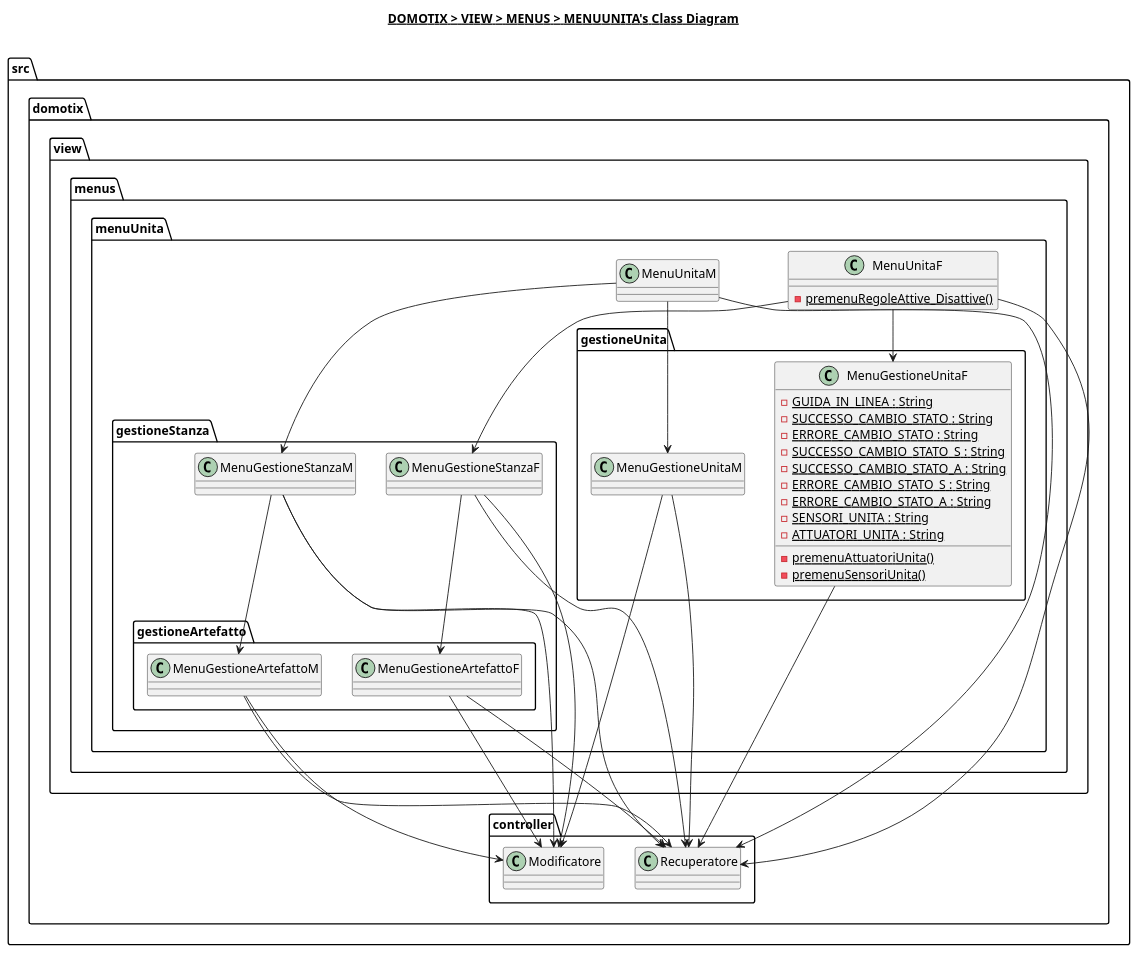
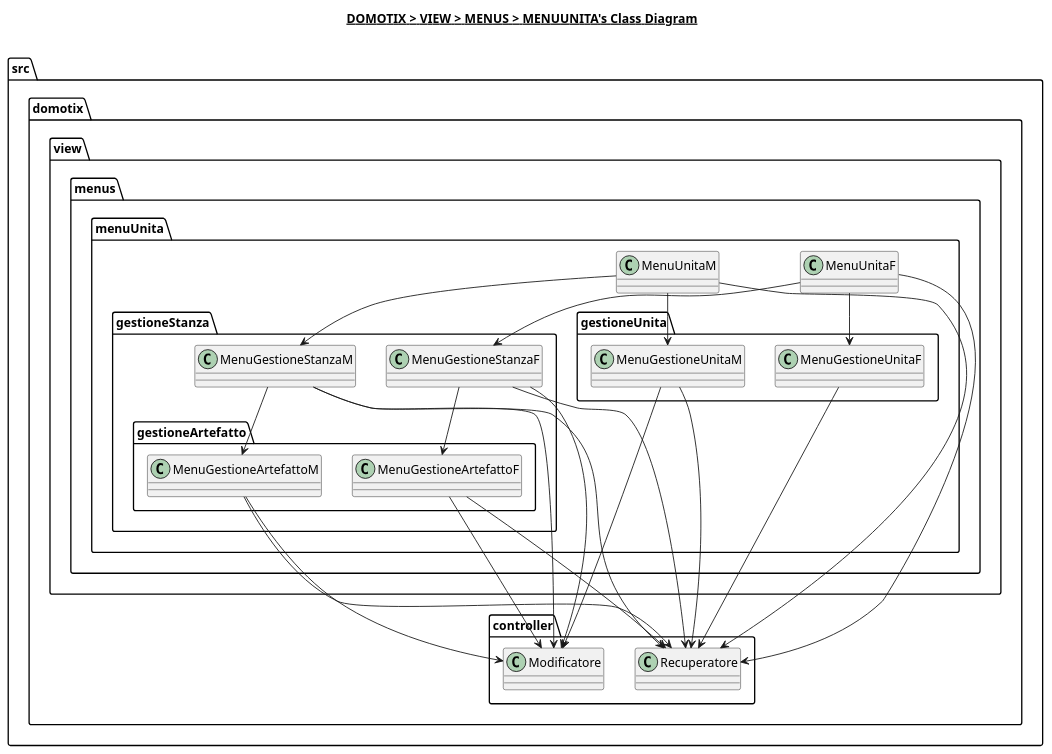
One commit to Edoar-do/Domotix changed the diagram in src/domotix/view/menus/menuUnita/menuUnita.plantuml. Above: the diagram before and after it, drawn with PlantUML. The commit also changed 14 other files, not shown here.

Commit message:
Aggiunge classi ImportaDati in model; inizializza diagrammi V5

```diff
--- a/src/domotix/view/menus/menuUnita/menuUnita.plantuml
+++ b/src/domotix/view/menus/menuUnita/menuUnita.plantuml
@@ -1,70 +1,58 @@
 @startuml
 
 title __DOMOTIX > VIEW > MENUS > MENUUNITA's Class Diagram__\n
 
 namespace src.domotix.view.menus.menuUnita {
     class src.domotix.view.menus.menuUnita.MenuUnitaF {
-        {static} - premenuRegoleAttive_Disattive()
     }
 
     class src.domotix.view.menus.menuUnita.MenuUnitaM {
     }
 
     namespace gestioneUnita {
         class src.domotix.view.menus.menuUnita.gestioneUnita.MenuGestioneUnitaF {
-            {static} - GUIDA_IN_LINEA : String
-            {static} - SUCCESSO_CAMBIO_STATO : String
-            {static} - ERRORE_CAMBIO_STATO : String
-            {static} - SUCCESSO_CAMBIO_STATO_S : String
-            {static} - SUCCESSO_CAMBIO_STATO_A : String
-            {static} - ERRORE_CAMBIO_STATO_S : String
-            {static} - ERRORE_CAMBIO_STATO_A : String
-            {static} - SENSORI_UNITA : String
-            {static} - ATTUATORI_UNITA : String
-            {static} - premenuAttuatoriUnita()
-            {static} - premenuSensoriUnita()
         }
 
         class src.domotix.view.menus.menuUnita.gestioneUnita.MenuGestioneUnitaM {
         }
     }
 
     namespace gestioneStanza {
         class src.domotix.view.menus.menuUnita.gestioneStanza.MenuGestioneStanzaF {
         }
 
         class src.domotix.view.menus.menuUnita.gestioneStanza.MenuGestioneStanzaM {
         }
 
         namespace gestioneArtefatto {
             class src.domotix.view.menus.menuUnita.gestioneStanza.gestioneArtefatto.MenuGestioneArtefattoF {
             }
 
             class src.domotix.view.menus.menuUnita.gestioneStanza.gestioneArtefatto.MenuGestioneArtefattoM {
             }
         }
     }
 }
 
 src.domotix.view.menus.menuUnita.MenuUnitaM --> src.domotix.view.menus.menuUnita.gestioneUnita.MenuGestioneUnitaM
 src.domotix.view.menus.menuUnita.MenuUnitaM --> src.domotix.view.menus.menuUnita.gestioneStanza.MenuGestioneStanzaM
 src.domotix.view.menus.menuUnita.gestioneStanza.MenuGestioneStanzaM --> src.domotix.view.menus.menuUnita.gestioneStanza.gestioneArtefatto.MenuGestioneArtefattoM
 src.domotix.view.menus.menuUnita.MenuUnitaF --> src.domotix.view.menus.menuUnita.gestioneUnita.MenuGestioneUnitaF
 src.domotix.view.menus.menuUnita.MenuUnitaF --> src.domotix.view.menus.menuUnita.gestioneStanza.MenuGestioneStanzaF
 src.domotix.view.menus.menuUnita.gestioneStanza.MenuGestioneStanzaF --> src.domotix.view.menus.menuUnita.gestioneStanza.gestioneArtefatto.MenuGestioneArtefattoF
 
 src.domotix.view.menus.menuUnita.MenuUnitaM --> src.domotix.controller.Recuperatore
 src.domotix.view.menus.menuUnita.MenuUnitaF --> src.domotix.controller.Recuperatore
 src.domotix.view.menus.menuUnita.gestioneUnita.MenuGestioneUnitaM --> src.domotix.controller.Modificatore
 src.domotix.view.menus.menuUnita.gestioneUnita.MenuGestioneUnitaM --> src.domotix.controller.Recuperatore
 src.domotix.view.menus.menuUnita.gestioneUnita.MenuGestioneUnitaF --> src.domotix.controller.Recuperatore
 src.domotix.view.menus.menuUnita.gestioneStanza.MenuGestioneStanzaM --> src.domotix.controller.Modificatore
 src.domotix.view.menus.menuUnita.gestioneStanza.MenuGestioneStanzaM --> src.domotix.controller.Recuperatore
 src.domotix.view.menus.menuUnita.gestioneStanza.MenuGestioneStanzaF --> src.domotix.controller.Recuperatore
 src.domotix.view.menus.menuUnita.gestioneStanza.MenuGestioneStanzaF --> src.domotix.controller.Modificatore
 src.domotix.view.menus.menuUnita.gestioneStanza.gestioneArtefatto.MenuGestioneArtefattoM --> src.domotix.controller.Modificatore
 src.domotix.view.menus.menuUnita.gestioneStanza.gestioneArtefatto.MenuGestioneArtefattoM --> src.domotix.controller.Recuperatore
 src.domotix.view.menus.menuUnita.gestioneStanza.gestioneArtefatto.MenuGestioneArtefattoF --> src.domotix.controller.Recuperatore
 src.domotix.view.menus.menuUnita.gestioneStanza.gestioneArtefatto.MenuGestioneArtefattoF --> src.domotix.controller.Modificatore
 
 @enduml
```
